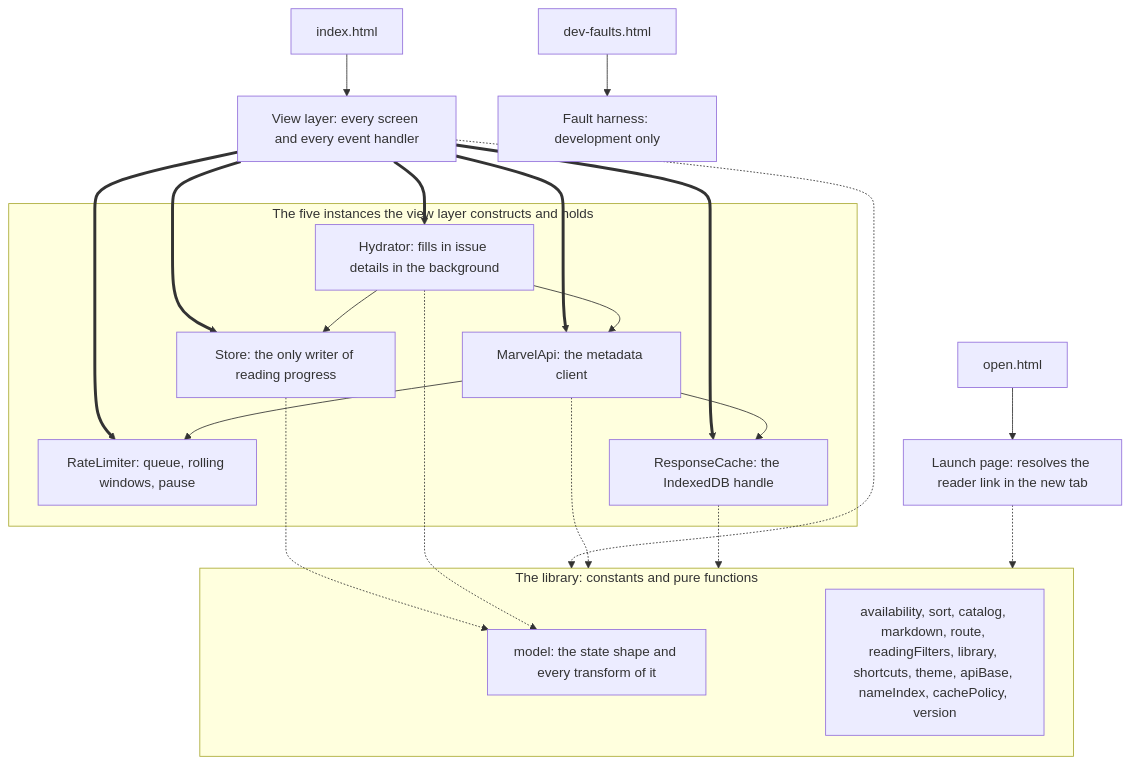
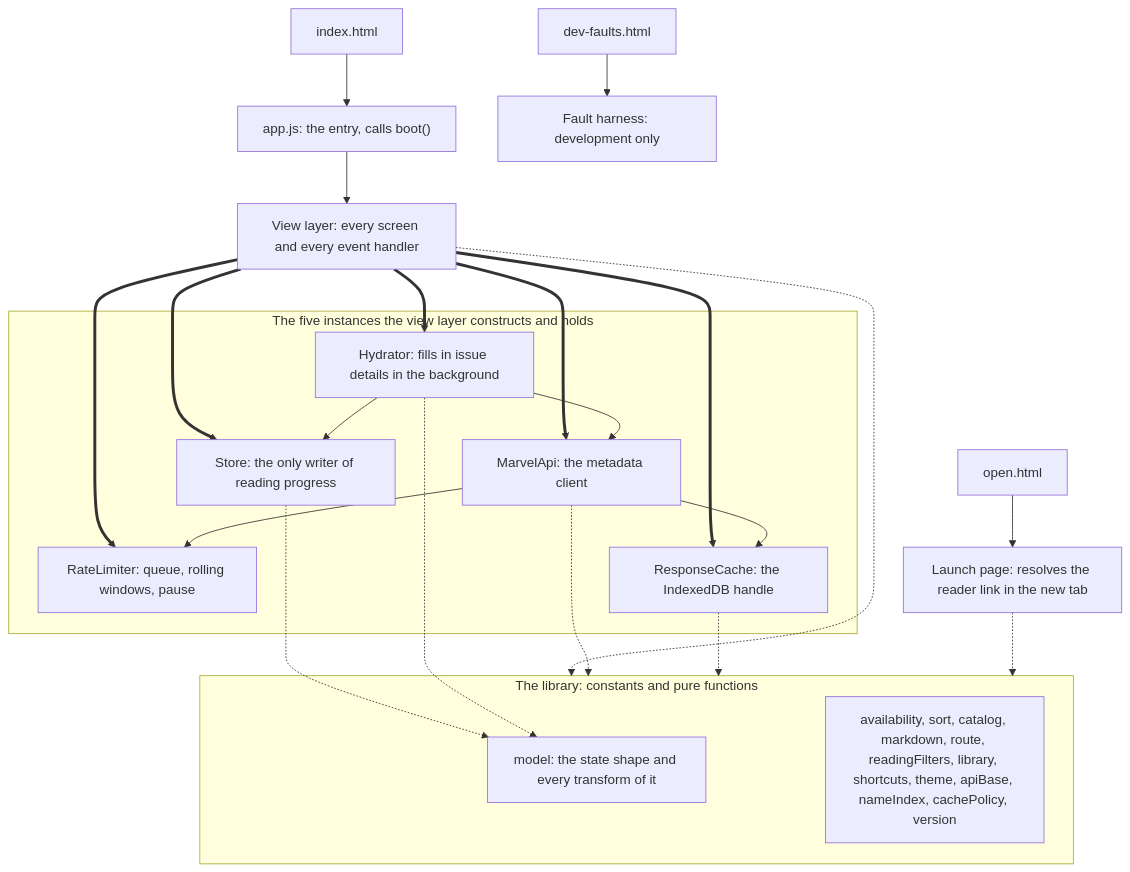
One commit to raymond-nassar/marvel-reading-tracker changed the first of 3 diagrams in docs/ARCHITECTURE.md. Above: the diagram before and after it, drawn with Mermaid. The commit also changed other lines of this file and 11 other files, not shown here.

````diff
--- a/docs/ARCHITECTURE.md
+++ b/docs/ARCHITECTURE.md
@@ -35,37 +42,38 @@
 ```mermaid
 flowchart TD
-  idx["index.html"] --> view["View layer: every screen and every event handler"]
+  idx["index.html"] --> app["app.js: the entry, calls boot()"]
+  app --> view["View layer: every screen and every event handler"]
   opn["open.html"] --> launch["Launch page: resolves the reader link in the new tab"]
   dev["dev-faults.html"] --> harness["Fault harness: development only"]
 
   subgraph owned["The five instances the view layer constructs and holds"]
     store["Store: the only writer of reading progress"]
     limiter["RateLimiter: queue, rolling windows, pause"]
     cache["ResponseCache: the IndexedDB handle"]
     api["MarvelApi: the metadata client"]
     hydrator["Hydrator: fills in issue details in the background"]
   end
 
   view ==> store
   view ==> limiter
   view ==> cache
   view ==> api
   view ==> hydrator
 
   api --> limiter
   api --> cache
   hydrator --> api
   hydrator --> store
 
   subgraph lib["The library: constants and pure functions"]
     model["model: the state shape and every transform of it"]
     rest["availability, sort, catalog, markdown, route, readingFilters, library, shortcuts, theme, apiBase, nameIndex, cachePolicy, version"]
   end
 
   view -.-> lib
   store -.-> model
   hydrator -.-> model
   api -.-> lib
   cache -.-> lib
   launch -.-> lib
 ```
````
